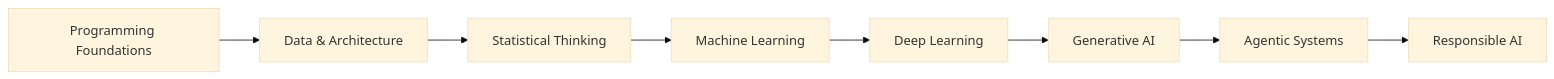
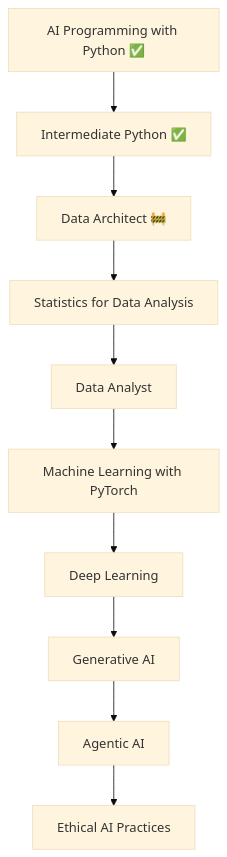
The diagram in README.md (SwimLane2/udacity-ai-masters), drawn with Mermaid (base theme) before and after one commit.

````diff
--- a/README.md
+++ b/README.md
@@ -40,14 +40,16 @@
 ```mermaid
-flowchart LR
+flowchart TD
 
-    A[Programming Foundations]
-    B[Data & Architecture]
-    C[Statistical Thinking]
-    D[Machine Learning]
-    E[Deep Learning]
-    F[Generative AI]
-    G[Agentic Systems]
-    H[Responsible AI]
+    A[AI Programming with Python ✅]
+    B[Intermediate Python ✅]
+    C[Data Architect 🚧]
+    D[Statistics for Data Analysis]
+    E[Data Analyst]
+    F[Machine Learning with PyTorch]
+    G[Deep Learning]
+    H[Generative AI]
+    I[Agentic AI]
+    J[Ethical AI Practices]
 
-    A --> B --> C --> D --> E --> F --> G --> H
+    A --> B --> C --> D --> E --> F --> G --> H --> I --> J
 ```
````
